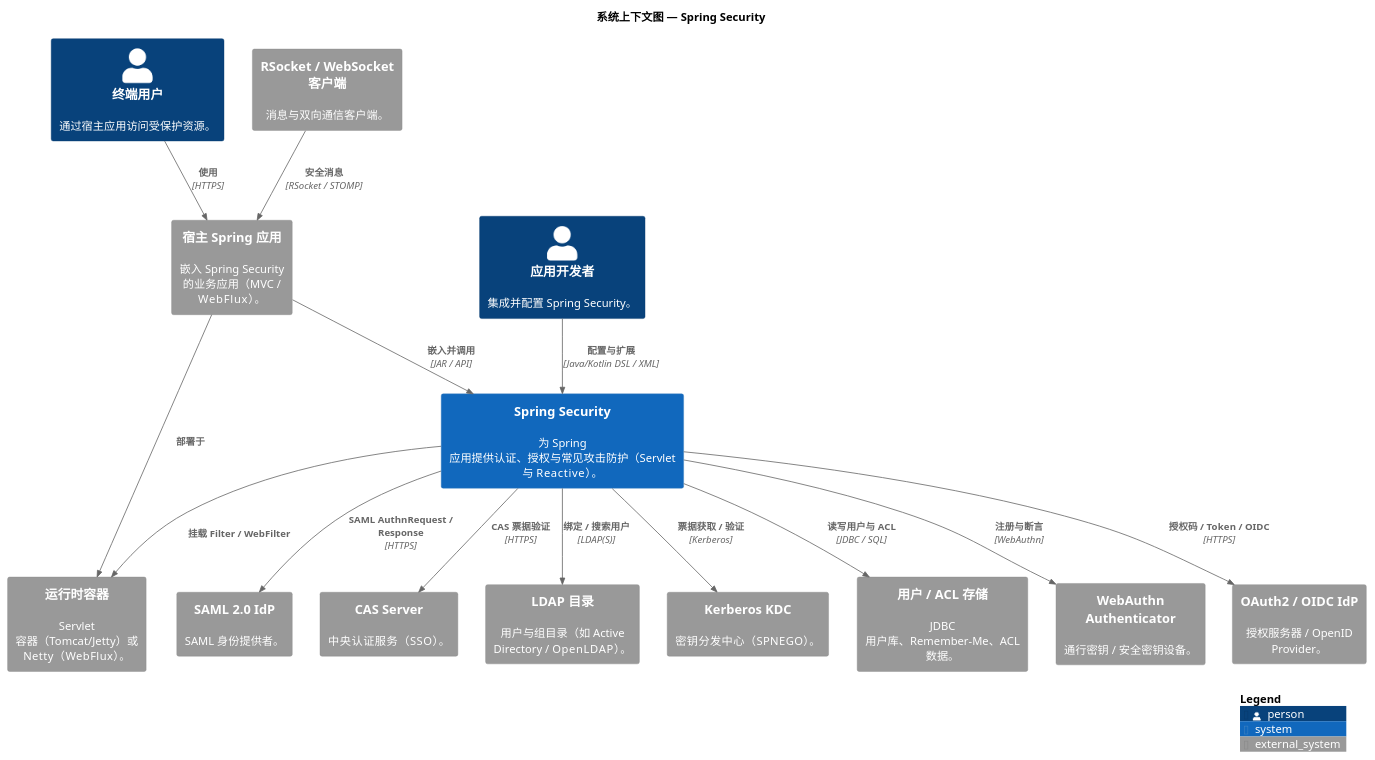
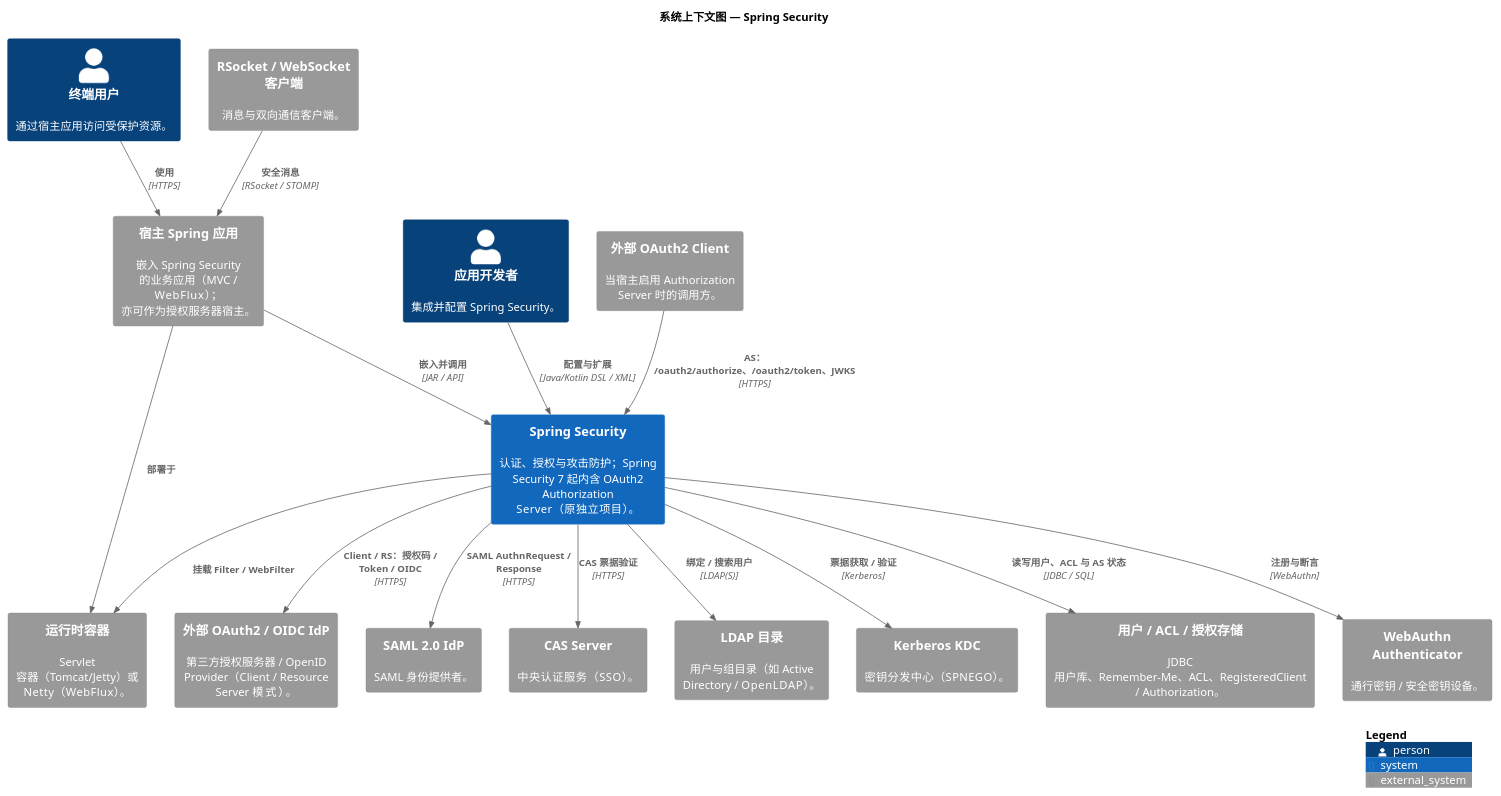
One commit to felixzhu97/community-docs changed the diagram in spring-security/docs/c4-model/C1-SystemContext.puml. Above: the diagram before and after it, drawn with PlantUML. The commit also changed 6 other files, not shown here.

Commit message:
docs(spring-security): deepen Authorization Server C4 for 7.0 merge (#15)

```diff
--- a/spring-security/docs/c4-model/C1-SystemContext.puml
+++ b/spring-security/docs/c4-model/C1-SystemContext.puml
@@ -1,40 +1,42 @@
 @startuml SpringSecurity_SystemContext
 !include https://raw.githubusercontent.com/plantuml-stdlib/C4-PlantUML/master/C4_Context.puml
 
 LAYOUT_WITH_LEGEND()
 
 title 系统上下文图 — Spring Security
 
 Person(endUser, "终端用户", "通过宿主应用访问受保护资源。")
 Person(developer, "应用开发者", "集成并配置 Spring Security。")
 
-System(springSecurity, "Spring Security", "为 Spring 应用提供认证、授权与常见攻击防护（Servlet 与 Reactive）。")
+System(springSecurity, "Spring Security", "认证、授权与攻击防护；Spring Security 7 起内含 OAuth2 Authorization Server（原独立项目）。")
 
-System_Ext(hostApp, "宿主 Spring 应用", "嵌入 Spring Security 的业务应用（MVC / WebFlux）。")
+System_Ext(hostApp, "宿主 Spring 应用", "嵌入 Spring Security 的业务应用（MVC / WebFlux）；亦可作为授权服务器宿主。")
 System_Ext(runtime, "运行时容器", "Servlet 容器（Tomcat/Jetty）或 Netty（WebFlux）。")
-System_Ext(oauth2Idp, "OAuth2 / OIDC IdP", "授权服务器 / OpenID Provider。")
+System_Ext(oauth2Idp, "外部 OAuth2 / OIDC IdP", "第三方授权服务器 / OpenID Provider（Client / Resource Server 模式）。")
+System_Ext(oauth2Client, "外部 OAuth2 Client", "当宿主启用 Authorization Server 时的调用方。")
 System_Ext(saml2Idp, "SAML 2.0 IdP", "SAML 身份提供者。")
 System_Ext(casServer, "CAS Server", "中央认证服务（SSO）。")
 System_Ext(ldap, "LDAP 目录", "用户与组目录（如 Active Directory / OpenLDAP）。")
 System_Ext(kdc, "Kerberos KDC", "密钥分发中心（SPNEGO）。")
-System_Ext(userStore, "用户 / ACL 存储", "JDBC 用户库、Remember-Me、ACL 数据。")
+System_Ext(userStore, "用户 / ACL / 授权存储", "JDBC 用户库、Remember-Me、ACL、RegisteredClient / Authorization。")
 System_Ext(webauthn, "WebAuthn Authenticator", "通行密钥 / 安全密钥设备。")
 System_Ext(rsocketClient, "RSocket / WebSocket 客户端", "消息与双向通信客户端。")
 
 Rel(endUser, hostApp, "使用", "HTTPS")
 Rel(developer, springSecurity, "配置与扩展", "Java/Kotlin DSL / XML")
 Rel(hostApp, springSecurity, "嵌入并调用", "JAR / API")
 Rel(hostApp, runtime, "部署于")
 Rel(springSecurity, runtime, "挂载 Filter / WebFilter")
 
-Rel(springSecurity, oauth2Idp, "授权码 / Token / OIDC", "HTTPS")
+Rel(springSecurity, oauth2Idp, "Client / RS：授权码 / Token / OIDC", "HTTPS")
+Rel(oauth2Client, springSecurity, "AS：/oauth2/authorize、/oauth2/token、JWKS", "HTTPS")
 Rel(springSecurity, saml2Idp, "SAML AuthnRequest / Response", "HTTPS")
 Rel(springSecurity, casServer, "CAS 票据验证", "HTTPS")
 Rel(springSecurity, ldap, "绑定 / 搜索用户", "LDAP(S)")
 Rel(springSecurity, kdc, "票据获取 / 验证", "Kerberos")
-Rel(springSecurity, userStore, "读写用户与 ACL", "JDBC / SQL")
+Rel(springSecurity, userStore, "读写用户、ACL 与 AS 状态", "JDBC / SQL")
 Rel(springSecurity, webauthn, "注册与断言", "WebAuthn")
 Rel(rsocketClient, hostApp, "安全消息", "RSocket / STOMP")
 
 SHOW_LEGEND()
 @enduml
```
